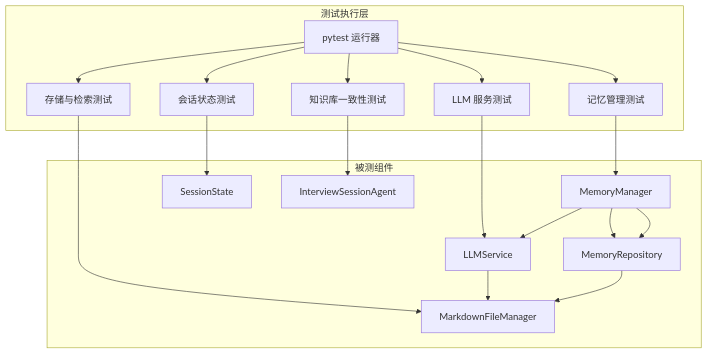
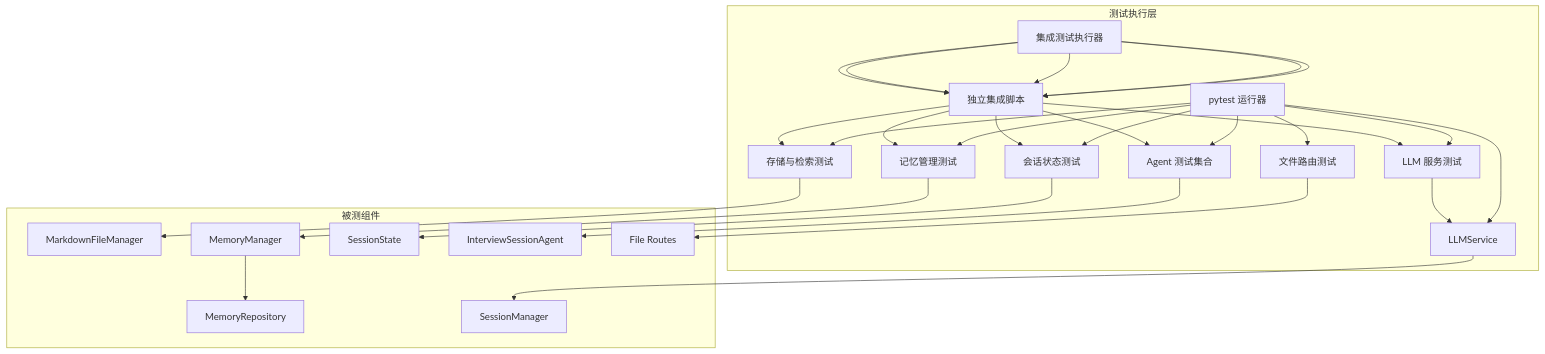
Before and after one commit to WangYiKai1017/zizuan: the second of 8 diagrams in .qoder/repowiki/zh/content/测试策略/测试自动化.md, drawn with Mermaid. The commit also changed other lines of this file and 99 other files, not shown here.

````diff
--- a/.qoder/repowiki/zh/content/测试策略/测试自动化.md
+++ b/.qoder/repowiki/zh/content/测试策略/测试自动化.md
@@ -99,28 +133,37 @@
 ```mermaid
 graph TB
 subgraph "测试执行层"
 P["pytest 运行器"]
+I1["集成测试执行器"]
+I2["独立集成脚本"]
+S1["会话管理器测试"]
+F1["文件路由测试"]
 T1["LLM 服务测试"]
 T2["存储与检索测试"]
 T3["记忆管理测试"]
 T4["会话状态测试"]
-T5["知识库一致性测试"]
+T5["Agent 测试集合"]
 end
 subgraph "被测组件"
 S1["LLMService"]
 S2["MarkdownFileManager"]
 S3["MemoryRepository"]
 S4["MemoryManager"]
 S5["SessionState"]
 S6["InterviewSessionAgent"]
+SM["SessionManager"]
+FR["File Routes"]
 end
+P --> S1 --> SM
+P --> F1 --> FR
 P --> T1 --> S1
 P --> T2 --> S2
 P --> T3 --> S4 --> S3
 P --> T4 --> S5
 P --> T5 --> S6
-S1 --> S2
-S4 --> S1
-S4 --> S3
-S3 --> S2
+I1 --> I2 --> T1
+I1 --> I2 --> T2
+I1 --> I2 --> T3
+I1 --> I2 --> T4
+I1 --> I2 --> T5
 ```
````
